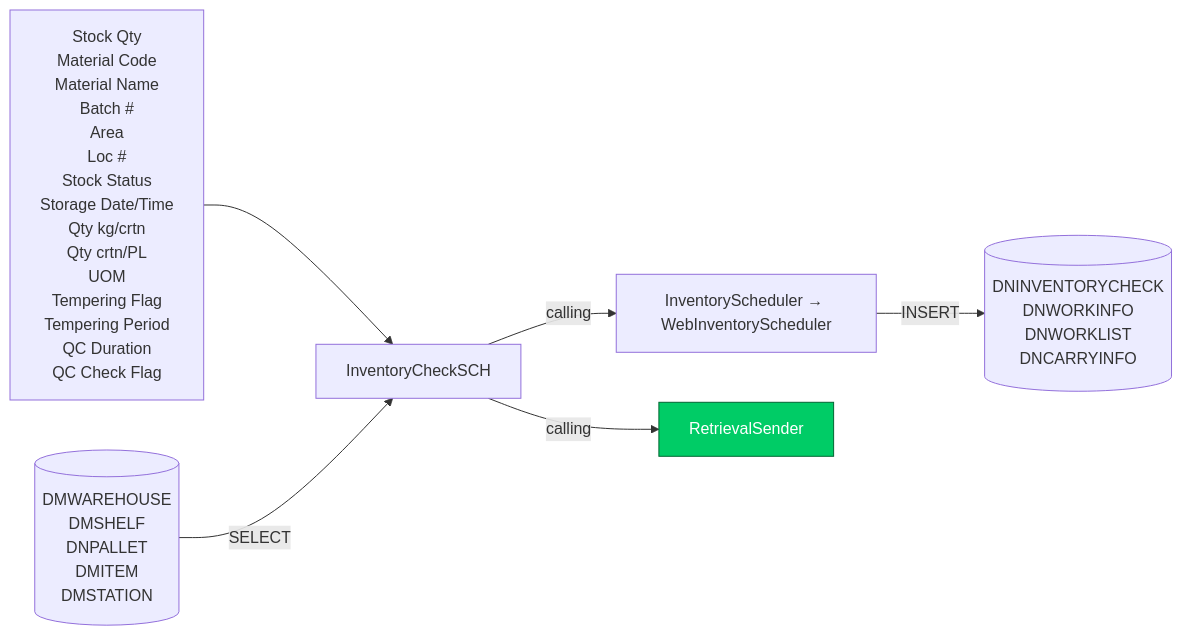
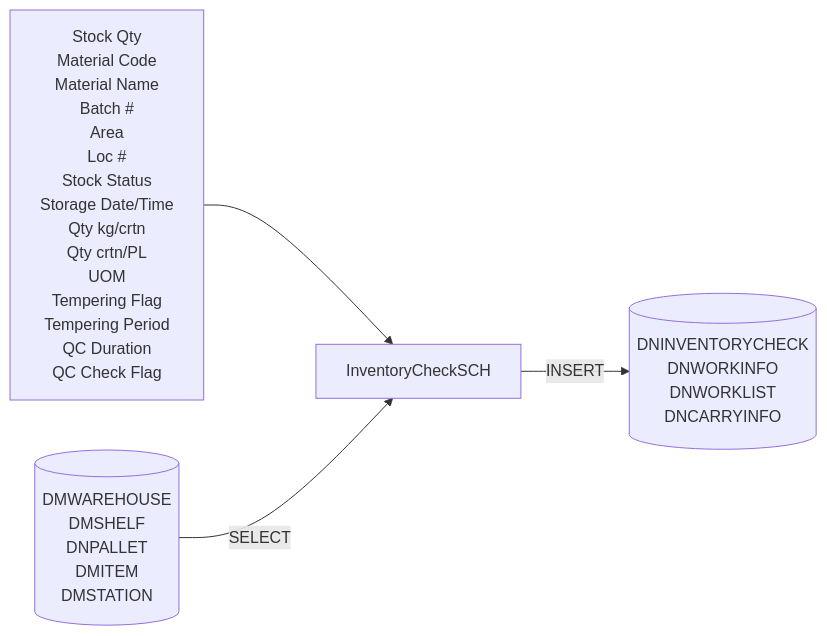
Before and after one commit to luthfiadityaa/SimeDarby-Wiki: the fifth of 21 diagrams in Basic-Design/DFD-WMS/Inventory-Check.md, drawn with Mermaid.

Commit message:
Updated Inventory Check

```diff
--- a/Basic-Design/DFD-WMS/Inventory-Check.md
+++ b/Basic-Design/DFD-WMS/Inventory-Check.md
@@ -116,45 +116,41 @@
 ::: mermaid
 flowchart LR
     input[
         Stock Qty
         Material Code
         Material Name
         Batch #
         Area
         Loc #
         Stock Status
         Storage Date/Time
         Qty kg/crtn
         Qty crtn/PL
         UOM
         Tempering Flag
         Tempering Period
         QC Duration
         QC Check Flag
     ]
 
     tableList-insert[("
         DNINVENTORYCHECK
         DNWORKINFO
         DNWORKLIST
         DNCARRYINFO
     ")]
 
      tableList-select[("
         DMWAREHOUSE
         DMSHELF
         DNPALLET
         DMITEM
         DMSTATION
     ")]
 
-    className[InventoryCheckSCH]--> |calling| methodName[InventoryScheduler → WebInventoryScheduler]--> |INSERT| tableList-insert
-    className[InventoryCheckSCH]--> |calling| P1[RetrievalSender]
+    className[InventoryCheckSCH]-->|INSERT| tableList-insert
 
     input --> className 
     tableList-select --> |SELECT| className
 
-click P1 "#retrieval-sender"
-style P1 fill:#00cc66,stroke:#006633,color:#ffffff
-
 :::
```
